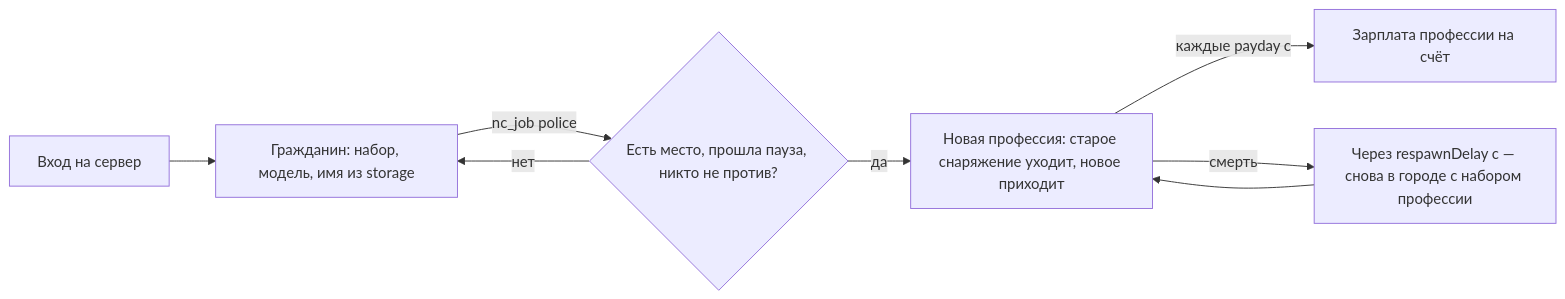
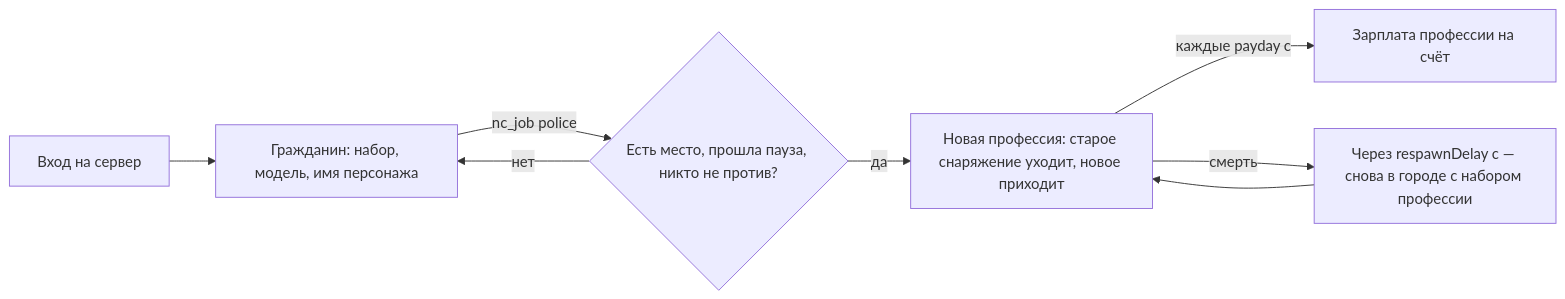
One commit to vovawees/Next-City changed the diagram in lua/nextcity/modules/mode_city/README.md. Above: the diagram before and after it, drawn with Mermaid. The commit also changed other lines of this file and 35 other files, not shown here.

````diff
--- a/lua/nextcity/modules/mode_city/README.md
+++ b/lua/nextcity/modules/mode_city/README.md
@@ -15,10 +15,10 @@
 ```mermaid
 flowchart LR
-	J["Вход на сервер"] --> C["Гражданин: набор, модель, имя из storage"]
+	J["Вход на сервер"] --> C["Гражданин: набор, модель, имя персонажа"]
 	C -->|"nc_job police"| P{"Есть место, прошла пауза, никто не против?"}
 	P -->|"да"| N["Новая профессия: старое снаряжение уходит, новое приходит"]
 	P -->|"нет"| C
 	N -->|"каждые payday с"| S["Зарплата профессии на счёт"]
 	N -->|"смерть"| R["Через respawnDelay с — снова в городе с набором профессии"]
 	R --> N
 ```
````
